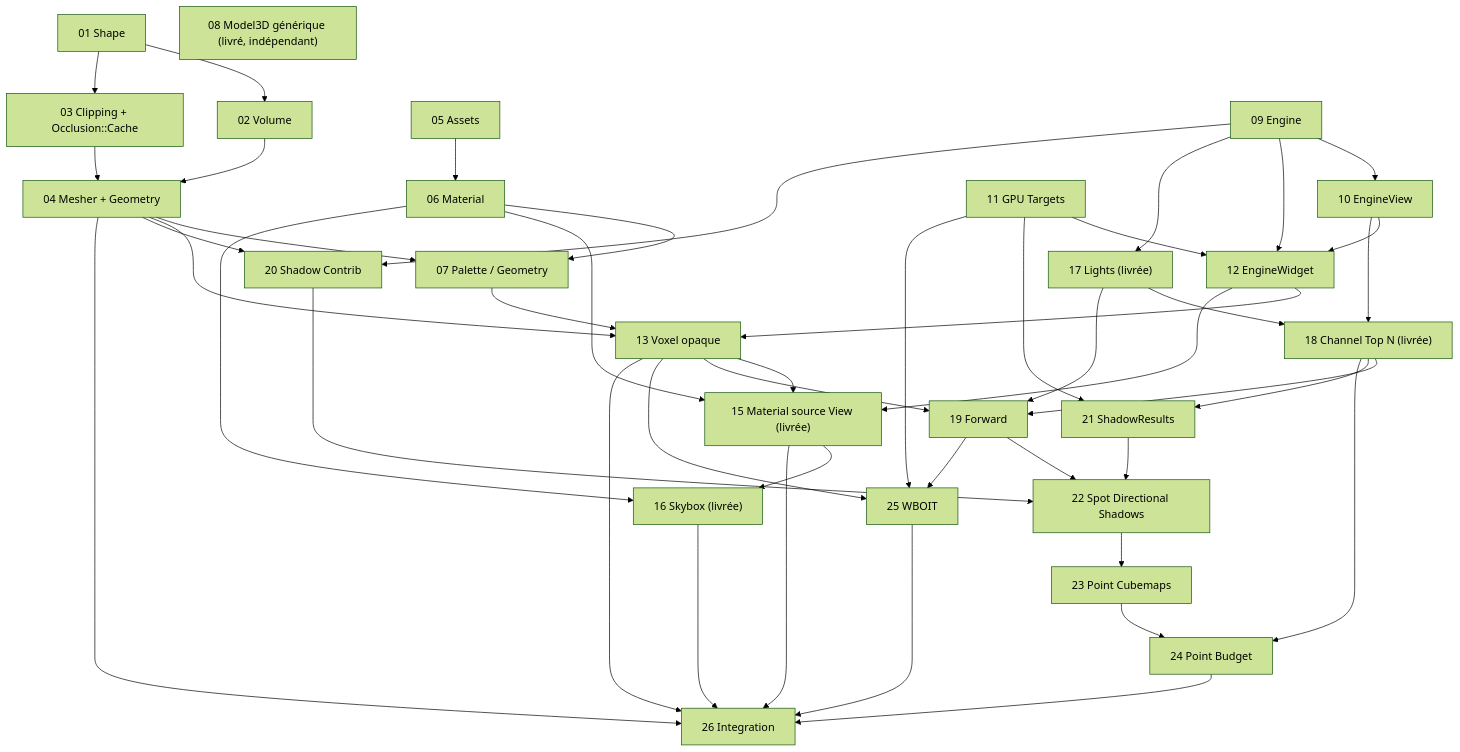
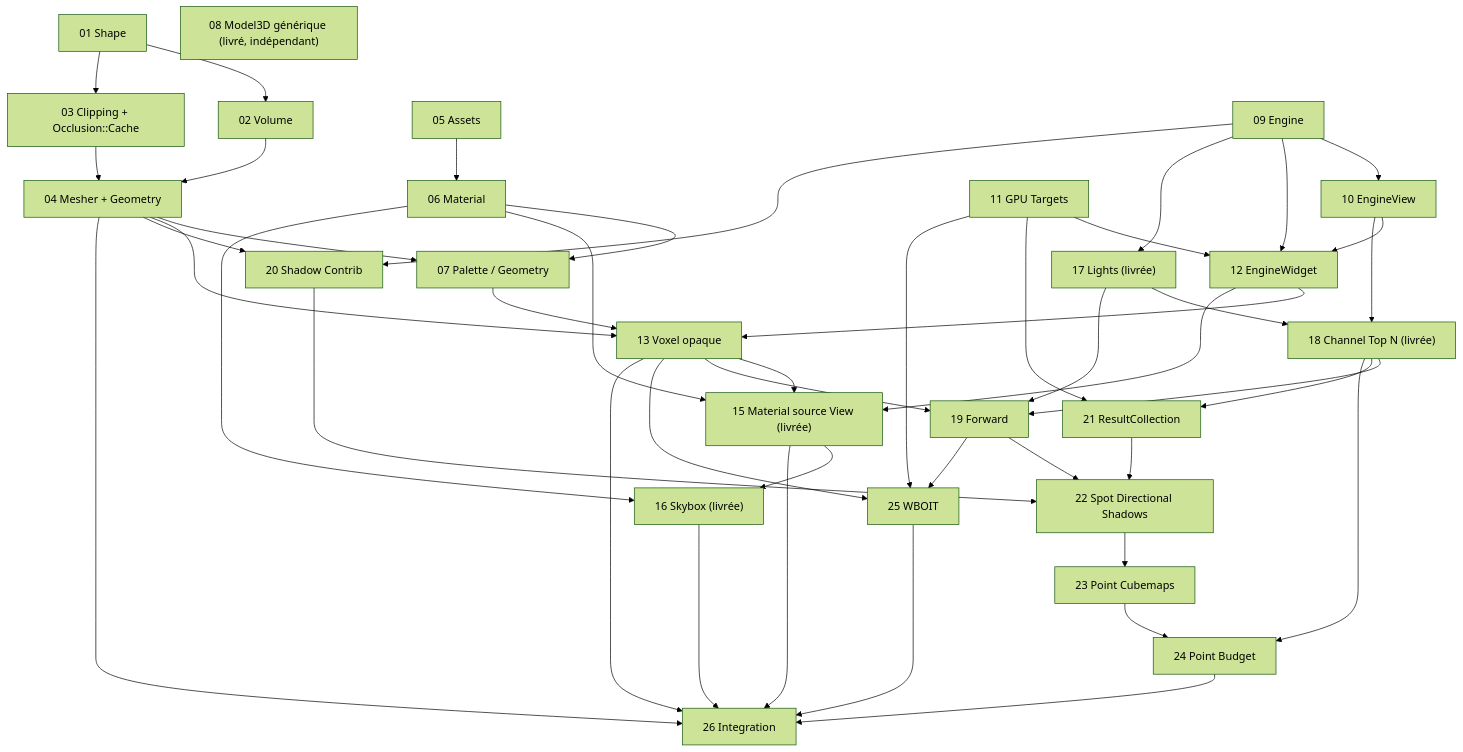
The diagram in docs/voxel-engine-v0.1.4/implementation/DEPENDENCIES.md (EreliaStudio/Sparkle), drawn with Mermaid (forest theme) before and after one commit. The commit also changed 5 other files, not shown here.

Commit message:
docs(PR21): use ShadowMap::Result and ResultCollection terminology

````diff
--- a/docs/voxel-engine-v0.1.4/implementation/DEPENDENCIES.md
+++ b/docs/voxel-engine-v0.1.4/implementation/DEPENDENCIES.md
@@ -7,45 +7,45 @@
 ```mermaid
 flowchart TD
   P01["01 Shape"] --> P02["02 Volume"]
   P01 --> P03["03 Clipping + Occlusion::Cache"]
   P02 --> P04["04 Mesher + Geometry"]
   P03 --> P04
   P05["05 Assets"] --> P06["06 Material"]
   P04 --> P07["07 Palette / Geometry"]
   P06 --> P07
   P08["08 Model3D générique (livré, indépendant)"]
   P09["09 Engine"] --> P10["10 EngineView"]
   P11["11 GPU Targets"] --> P12["12 EngineWidget"]
   P10 --> P12
   P09 --> P12
   P04 --> P13["13 Voxel opaque"]
   P07 --> P13
   P12 --> P13
   P06 --> P15["15 Material source View (livrée)"]
   P12 --> P15
   P13 --> P15 --> P16["16 Skybox (livrée)"]
   P06 --> P16
   P09 --> P17["17 Lights (livrée)"]
   P17 --> P18["18 Channel Top N (livrée)"]
   P10 --> P18
   P18 --> P19["19 Forward"]
   P13 --> P19
   P17 --> P19
   P04 --> P20["20 Shadow Contrib"]
   P09 --> P20
-  P18 --> P21["21 ShadowResults"]
+  P18 --> P21["21 ResultCollection"]
   P11 --> P21
   P19 --> P22["22 Spot Directional Shadows"]
   P20 --> P22
   P21 --> P22 --> P23["23 Point Cubemaps"] --> P24["24 Point Budget"]
   P18 --> P24
   P19 --> P25["25 WBOIT"]
   P11 --> P25
   P13 --> P25
   P04 --> P26["26 Integration"]
   P13 --> P26
   P15 --> P26
   P16 --> P26
   P24 --> P26
   P25 --> P26
 ```
````
